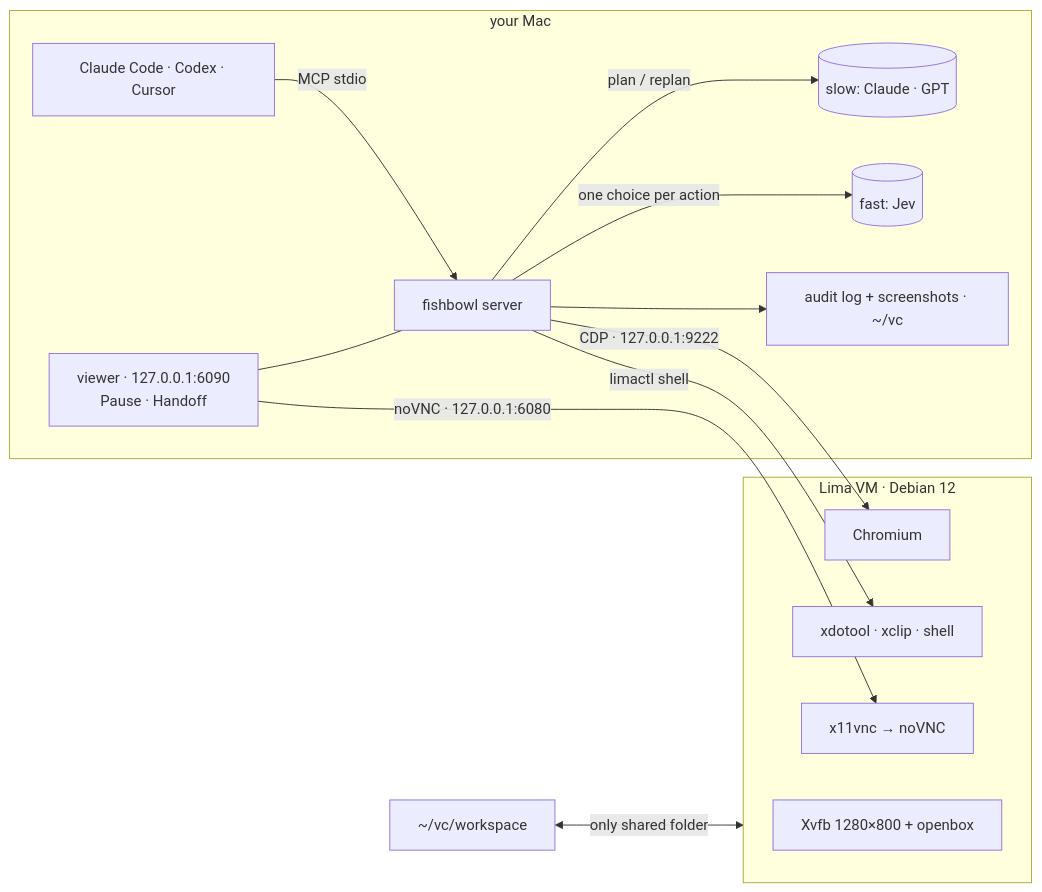
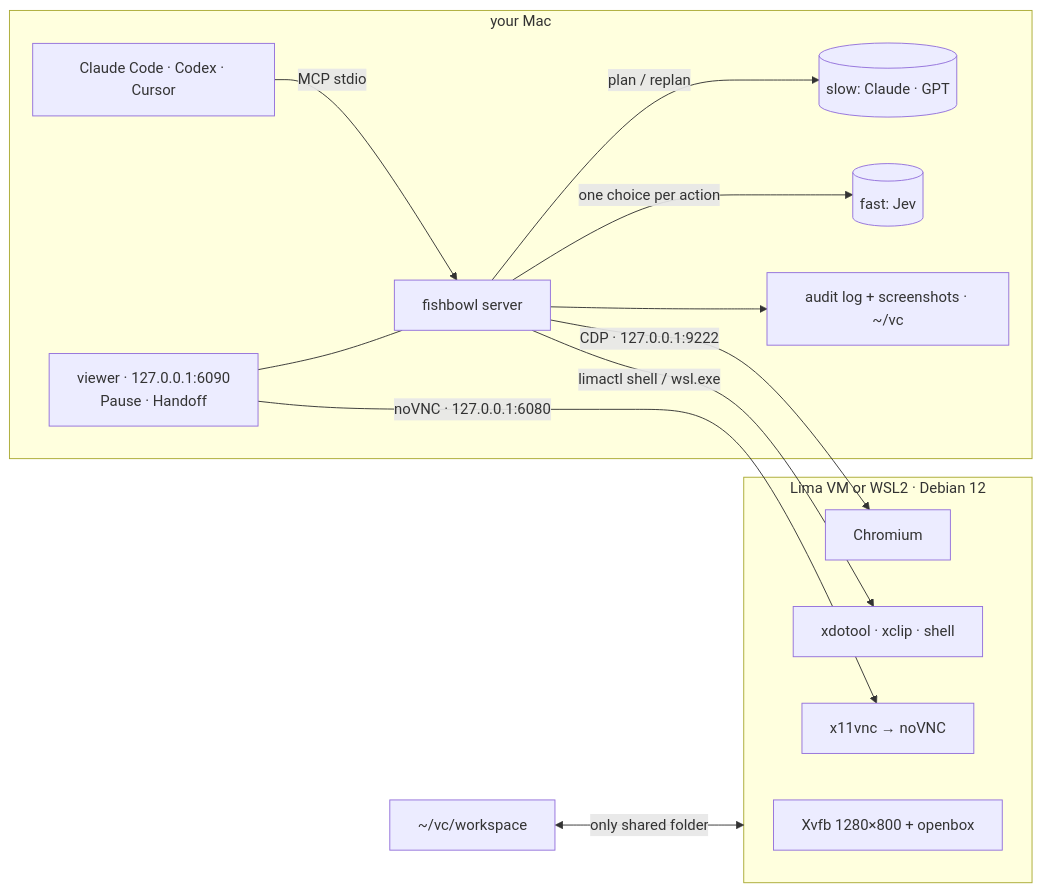
Before and after one commit to ericwang915/fishbowl: the diagram in README.md, drawn with Mermaid. The commit also changed other lines of this file and 7 other files, not shown here.

````diff
--- a/README.md
+++ b/README.md
@@ -284,20 +302,20 @@
 ```mermaid
 flowchart LR
   subgraph Mac["your Mac"]
     A["Claude Code · Codex · Cursor"] -- "MCP stdio" --> S["fishbowl server"]
     S -- "plan / replan" --> P[("slow: Claude · GPT")]
     S -- "one choice per action" --> J[("fast: Jev")]
     S --> L["audit log + screenshots · ~/vc"]
     V["viewer · 127.0.0.1:6090<br/>Pause · Handoff"] --- S
   end
-  subgraph VM["Lima VM · Debian 12"]
+  subgraph VM["Lima VM or WSL2 · Debian 12"]
     X["Xvfb 1280×800 + openbox"]
     C["Chromium"]
     N["x11vnc → noVNC"]
     D["xdotool · xclip · shell"]
   end
   S -- "CDP · 127.0.0.1:9222" --> C
-  S -- "limactl shell" --> D
+  S -- "limactl shell / wsl.exe" --> D
   V -- "noVNC · 127.0.0.1:6080" --> N
   W["~/vc/workspace"] <-- "only shared folder" --> VM
 ```
````
